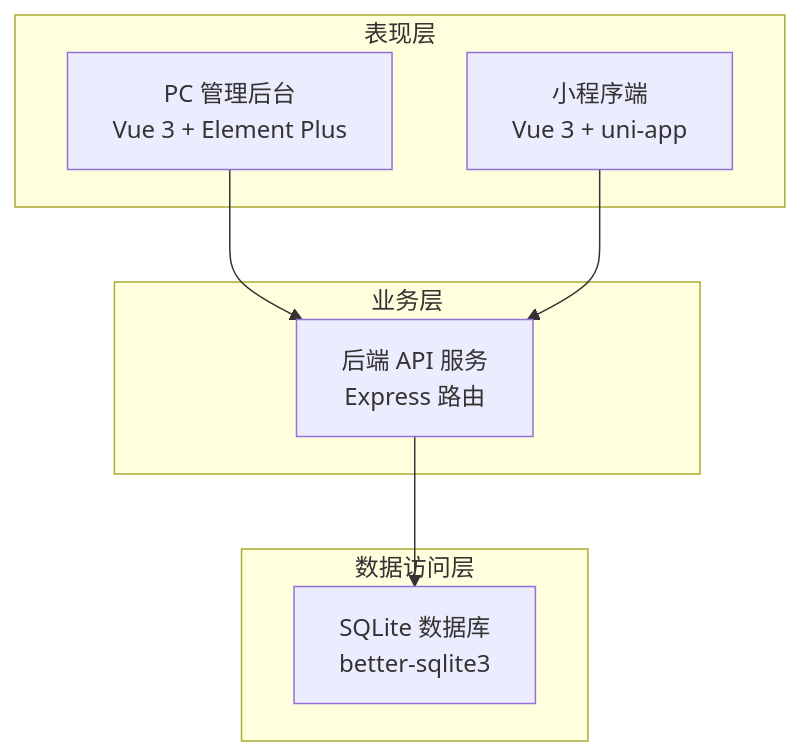
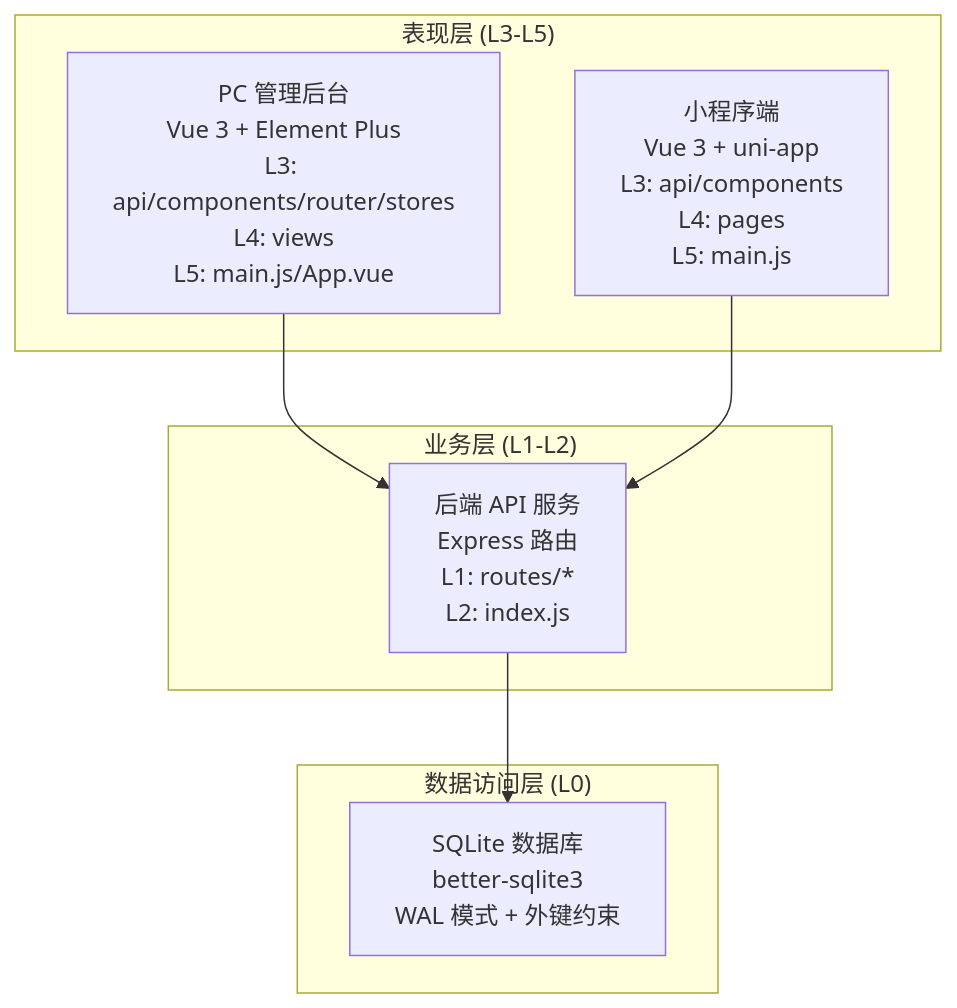
One commit to dawny123123/StarParadise changed the second of 9 diagrams in .qoder/repowiki/zh/content/系统架构设计/系统架构设计.md. Above: the diagram before and after it, drawn with Mermaid. The commit also changed other lines of this file and 229 other files, not shown here.

````diff
--- a/.qoder/repowiki/zh/content/系统架构设计/系统架构设计.md
+++ b/.qoder/repowiki/zh/content/系统架构设计/系统架构设计.md
@@ -99,16 +118,16 @@
 ```mermaid
 graph TB
-subgraph "表现层"
-PC["PC 管理后台<br/>Vue 3 + Element Plus"]
-MP["小程序端<br/>Vue 3 + uni-app"]
+subgraph "表现层 (L3-L5)"
+PC["PC 管理后台<br/>Vue 3 + Element Plus<br/>L3: api/components/router/stores<br/>L4: views<br/>L5: main.js/App.vue"]
+MP["小程序端<br/>Vue 3 + uni-app<br/>L3: api/components<br/>L4: pages<br/>L5: main.js"]
 end
-subgraph "业务层"
-API["后端 API 服务<br/>Express 路由"]
+subgraph "业务层 (L1-L2)"
+API["后端 API 服务<br/>Express 路由<br/>L1: routes/*<br/>L2: index.js"]
 end
-subgraph "数据访问层"
-DB["SQLite 数据库<br/>better-sqlite3"]
+subgraph "数据访问层 (L0)"
+DB["SQLite 数据库<br/>better-sqlite3<br/>WAL 模式 + 外键约束"]
 end
 PC --> API
 MP --> API
 API --> DB
 ```
````
